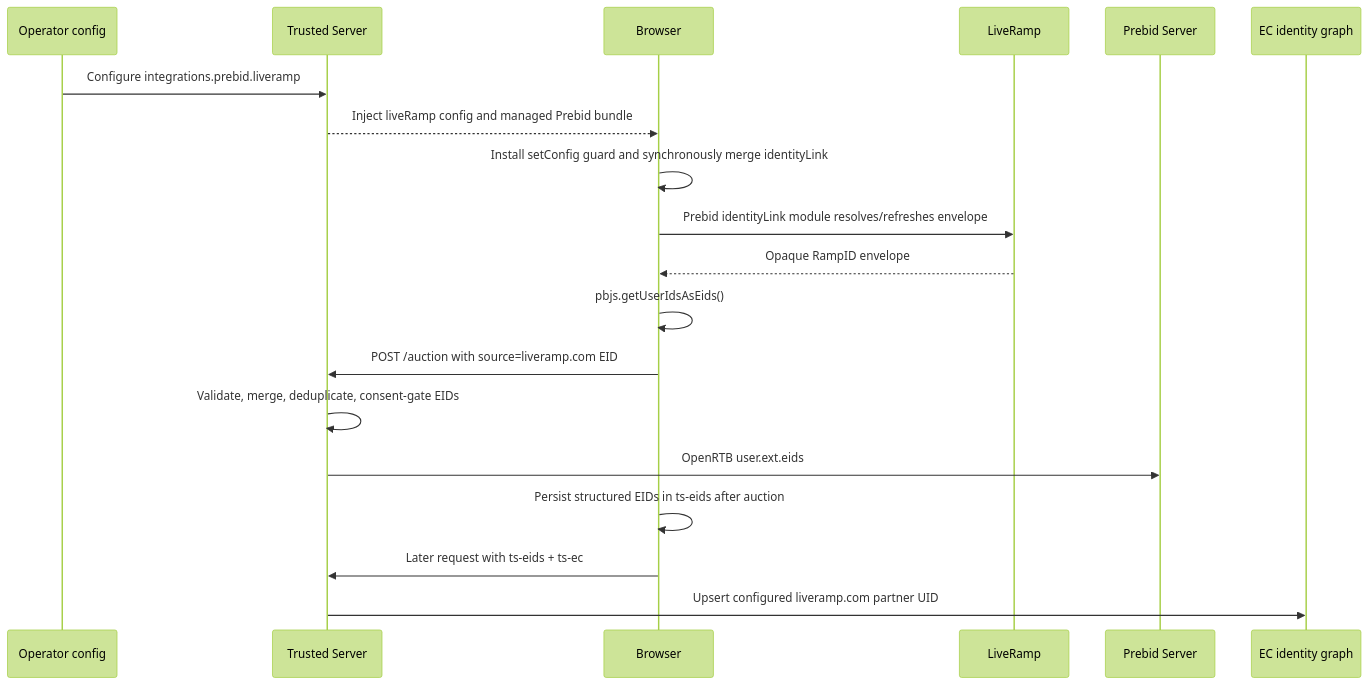
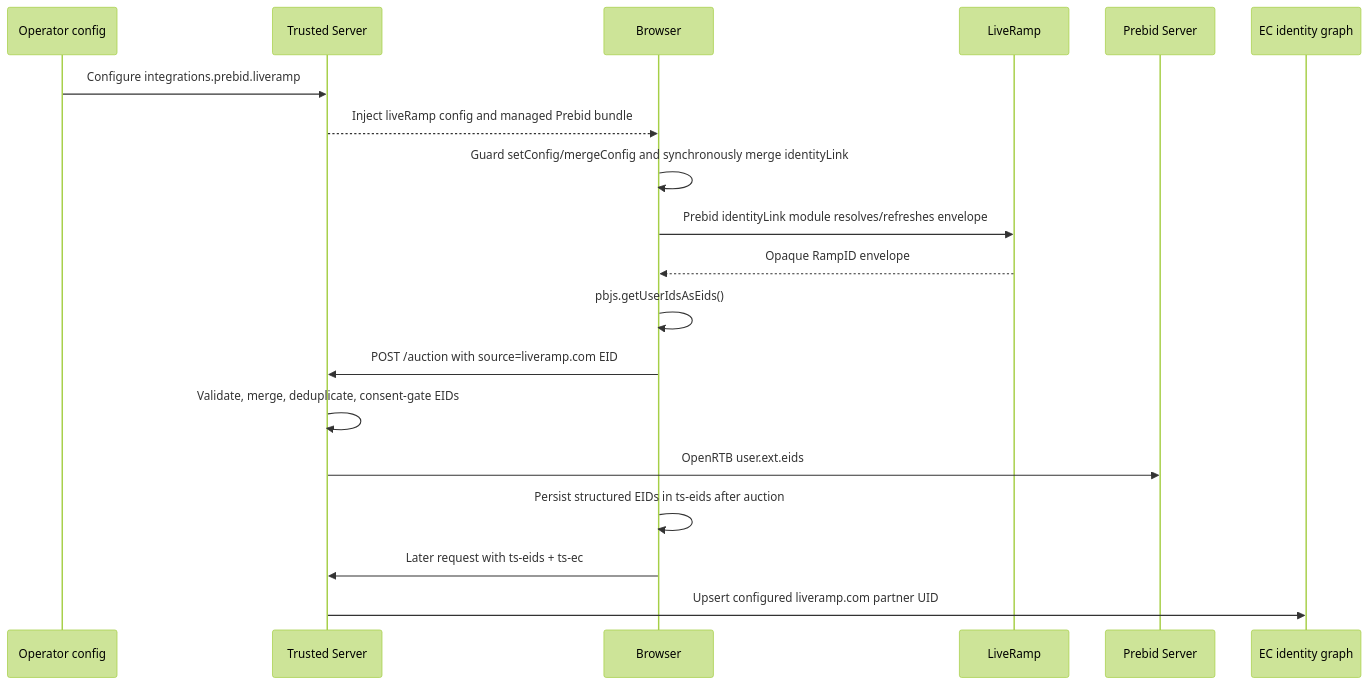
The diagram in docs/superpowers/specs/2026-08-21-liveramp-integration-design.md (IABTechLab/trusted-server), drawn with Mermaid (forest theme) before and after one commit. The commit also changed other lines of this file, not shown here.

Commit message:
Clarify managed LiveRamp config APIs

````diff
--- a/docs/superpowers/specs/2026-08-21-liveramp-integration-design.md
+++ b/docs/superpowers/specs/2026-08-21-liveramp-integration-design.md
@@ -343,22 +351,22 @@
 ```mermaid
 sequenceDiagram
     participant O as Operator config
     participant TS as Trusted Server
     participant B as Browser
     participant LR as LiveRamp
     participant PBS as Prebid Server
     participant KV as EC identity graph
 
     O->>TS: Configure integrations.prebid.liveramp
     TS-->>B: Inject liveRamp config and managed Prebid bundle
-    B->>B: Install setConfig guard and synchronously merge identityLink
+    B->>B: Guard setConfig/mergeConfig and synchronously merge identityLink
     B->>LR: Prebid identityLink module resolves/refreshes envelope
     LR-->>B: Opaque RampID envelope
     B->>B: pbjs.getUserIdsAsEids()
     B->>TS: POST /auction with source=liveramp.com EID
     TS->>TS: Validate, merge, deduplicate, consent-gate EIDs
     TS->>PBS: OpenRTB user.ext.eids
     B->>B: Persist structured EIDs in ts-eids after auction
     B->>TS: Later request with ts-eids + ts-ec
     TS->>KV: Upsert configured liveramp.com partner UID
 ```
````
